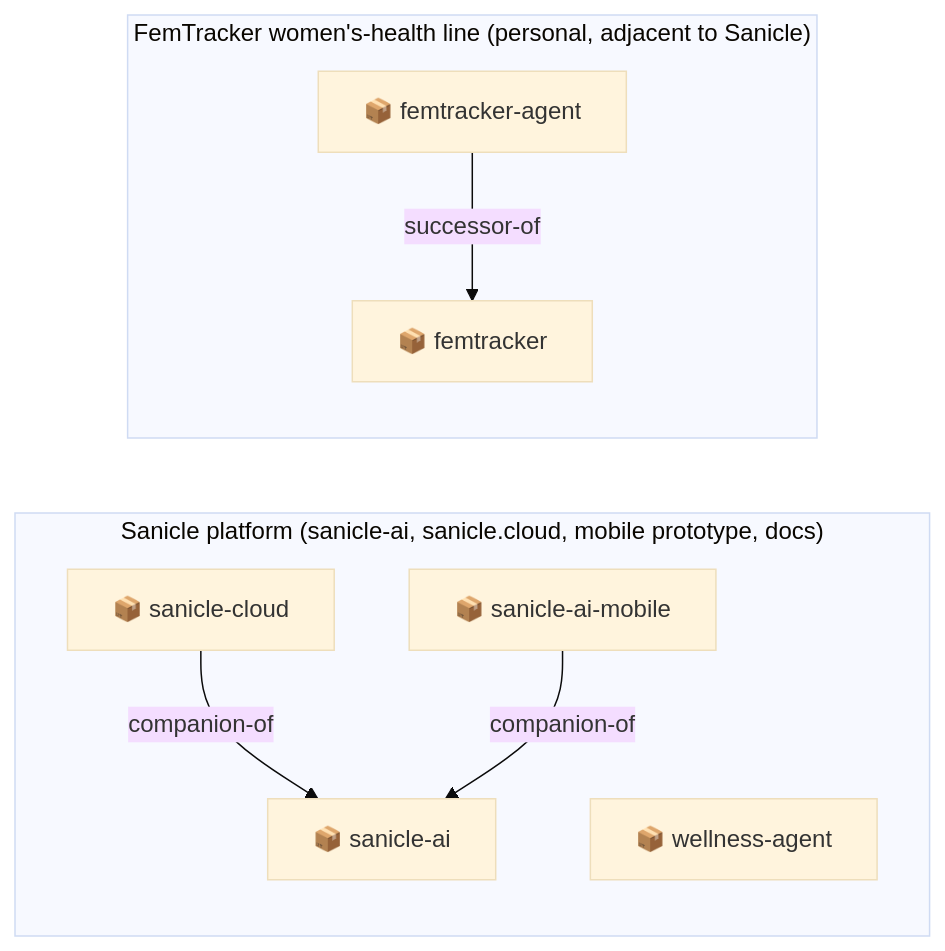
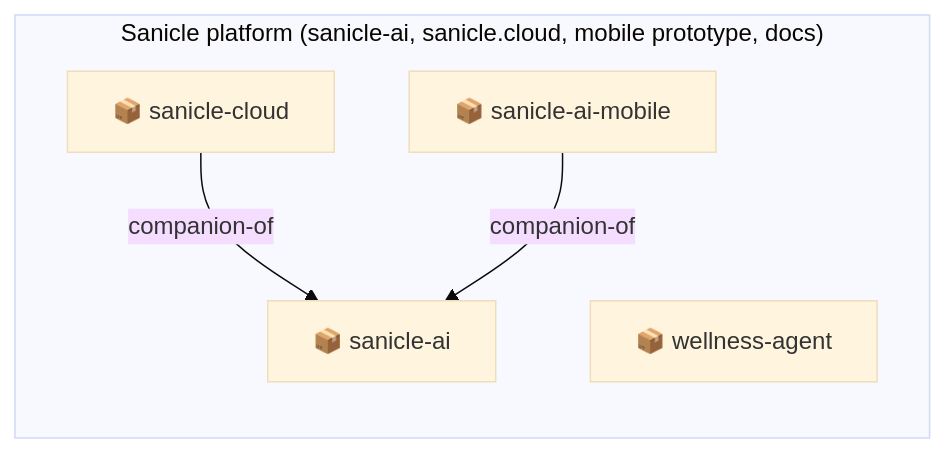
Before and after one commit to ChanMeng666/ChanMeng666: diagram 12 of 15 in docs/ecosystem/README.md, drawn with Mermaid (base theme). The commit also changed other lines of this file and 2 other files, not shown here.

````diff
--- a/docs/ecosystem/README.md
+++ b/docs/ecosystem/README.md
@@ -398,16 +405,11 @@
 ```mermaid
 flowchart LR
   subgraph sanicle_platform["Sanicle platform (sanicle-ai, sanicle.cloud, mobile prototype, docs)"]
     n0["📦 sanicle-ai"]
     n1["📦 sanicle-cloud"]
     n2["📦 sanicle-ai-mobile"]
     n3["📦 wellness-agent"]
   end
-  subgraph femtracker["FemTracker women's-health line (personal, adjacent to Sanicle)"]
-    n4["📦 femtracker"]
-    n5["📦 femtracker-agent"]
-  end
   n1 -->|companion-of| n0
   n2 -->|companion-of| n0
-  n5 -->|successor-of| n4
 ```
````
